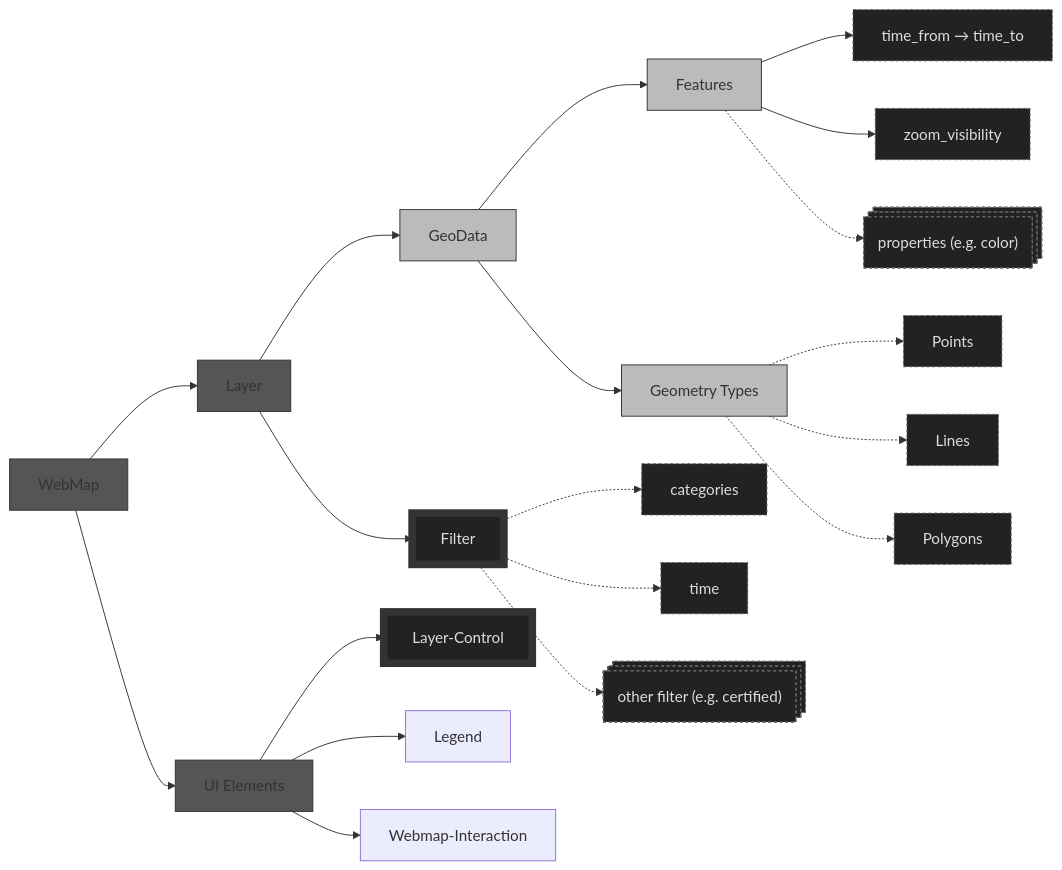
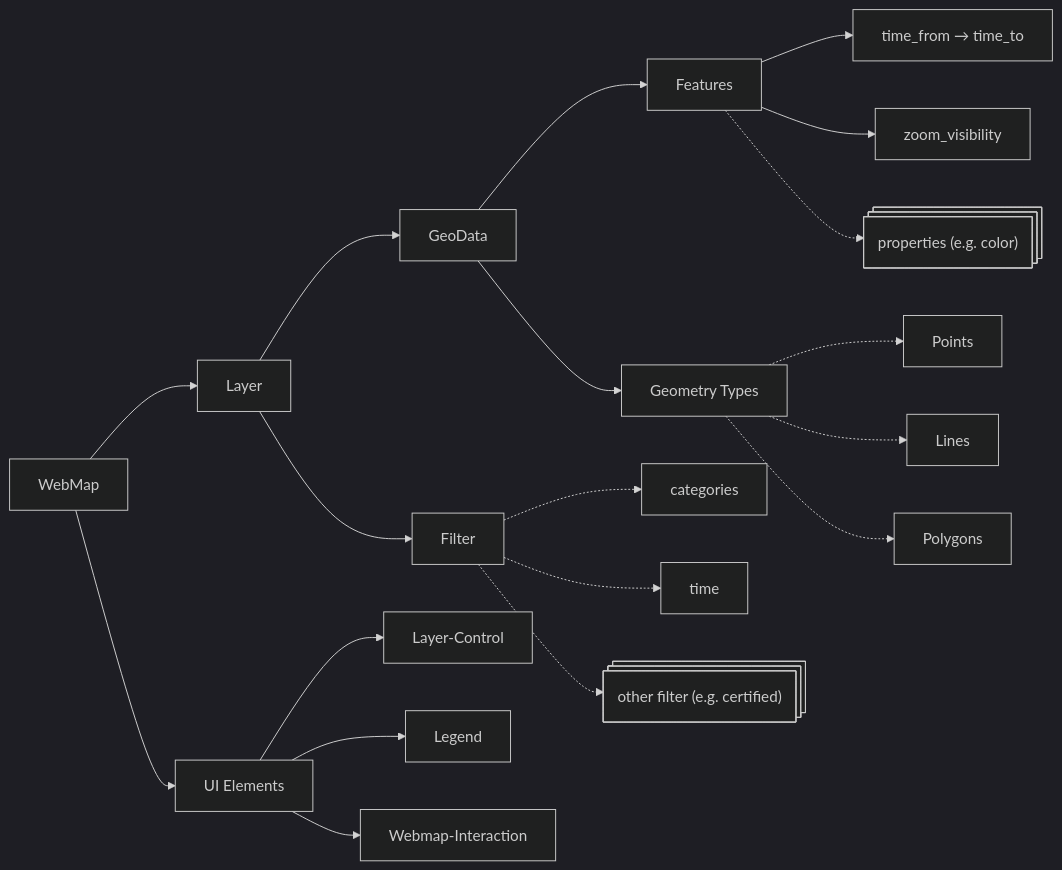
Before and after one commit to mjwalz/Kartografische_Zeitmaschine: the sixth of 20 diagrams in README.md, drawn with Mermaid. The commit also changed other lines of this file and 4 other files, not shown here.

````diff
--- a/README.md
+++ b/README.md
@@ -248,37 +248,42 @@
 ```mermaid
+---
+config:
+  theme: 'dark'
+---
+
 graph LR
     %% Core entity relationships
     W[WebMap] --> L[Layer]
     L --> G[GeoData]
     L --> F[Filter]
     G --> FT[Features]
     G --> GT[Geometry Types]
     
     %% Geometry types belong to Feature, not Layer
     GT -.-> P[Points]
     GT -.-> LN[Lines]
     GT -.-> PLY[Polygons]
     
     FT --> TM["time_from → time_to"]
     FT --> ZM["zoom_visibility"]    
     FT -.-> PRP@{ shape: procs, label: "properties (e.g. color)"}
 
     F -.-> CAT[categories]
     F -.-> T[time]
     F -.-> Z@{ shape: procs, label: "other filter (e.g. certified)"}
     
     W --> U[UI Elements]
     U --> C[Layer-Control]
     U --> LG[Legend]
     U --> I[Webmap-Interaction]
     
     %% Style
-    classDef entity fill:#555,stroke:#333
-    classDef geo_json fill:#BBB,stroke:#333,color:#333
-    classDef interaction fill:#222,stroke:#333,stroke-width:8px,color:#DDD
-    classDef attributes fill:#222,stroke:#666,stroke-width:1px,stroke-dasharray: 3 3,color:#DDD
+    %%classDef entity fill:#555,stroke:#333
+    %%classDef geo_json fill:#BBB,stroke:#333,color:#333
+    %%classDef interaction fill:#222,stroke:#333,stroke-width:8px,color:#DDD
+    %%classDef attributes fill:#222,stroke:#666,stroke-width:1px,stroke-dasharray: 3 3,color:#DDD
     class W,L,U entity
     class G,FT,GT geo_json
     class C,F interaction
     class CAT,T,Z,CRT,CRT_BY,P,LN,PLY,PRP,TM,ZM attributes
 ```
````
